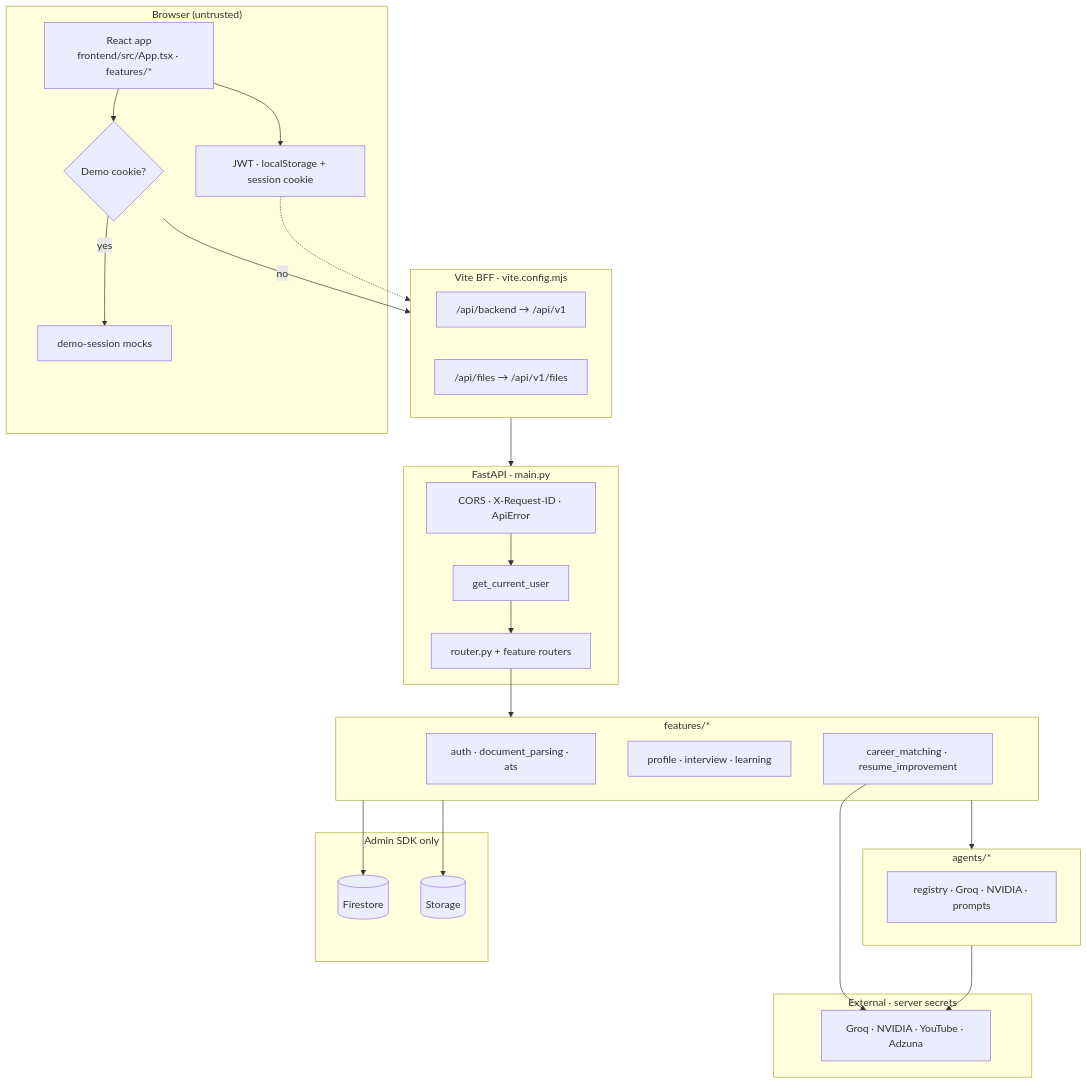
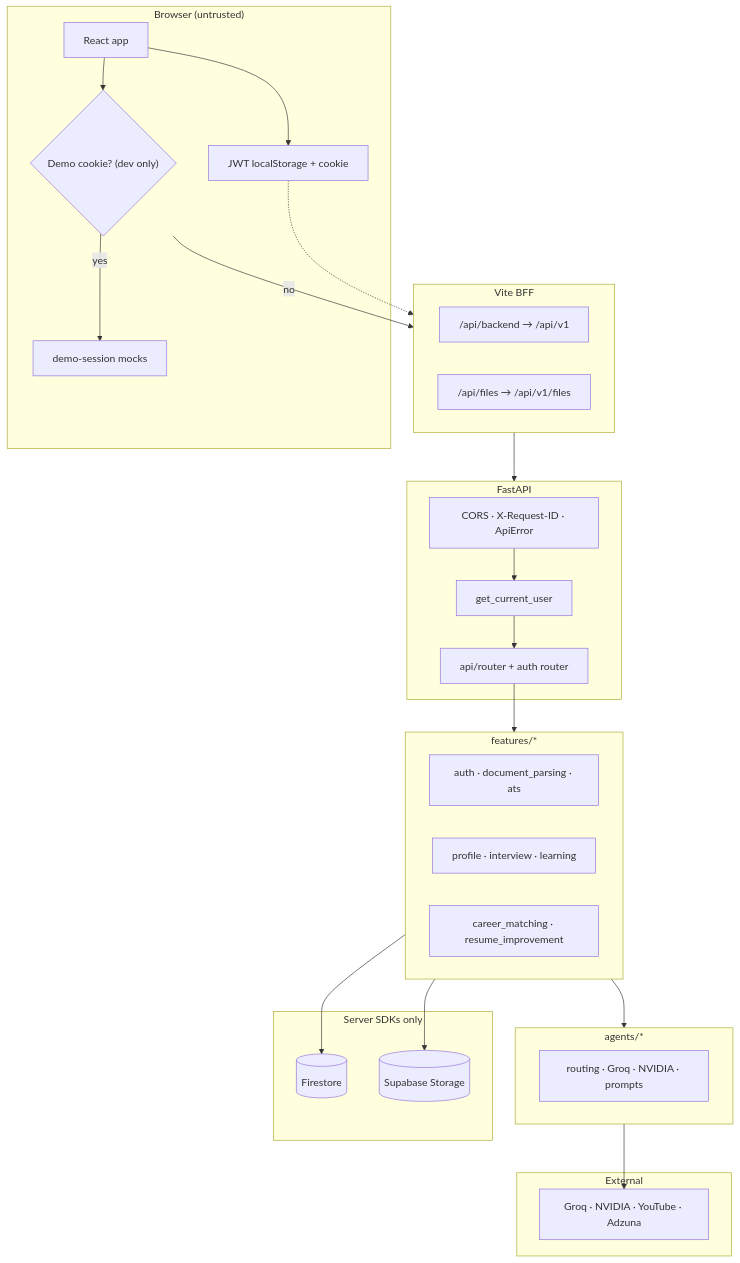
One commit to RonakkudalAI/AI-Career-Copilot changed the diagram in docs/architecture.md. Above: the diagram before and after it, drawn with Mermaid. The commit also changed other lines of this file and 30 other files, not shown here.

````diff
--- a/docs/architecture.md
+++ b/docs/architecture.md
@@ -39,52 +36,51 @@
 ```mermaid
 flowchart TB
   subgraph CLIENT["Browser (untrusted)"]
-    UI["React app<br/>frontend/src/App.tsx · features/*"]
-    TOK["JWT · localStorage + session cookie"]
-    DEMO{"Demo cookie?"}
+    UI["React app"]
+    TOK["JWT localStorage + cookie"]
+    DEMO{"Demo cookie? (dev only)"}
     MOCK["demo-session mocks"]
   end
 
-  subgraph EDGE["Vite BFF · vite.config.mjs"]
+  subgraph EDGE["Vite BFF"]
     P1["/api/backend → /api/v1"]
     P2["/api/files → /api/v1/files"]
   end
 
-  subgraph API["FastAPI · main.py"]
+  subgraph API["FastAPI"]
     MW["CORS · X-Request-ID · ApiError"]
     AUTH["get_current_user"]
-    RTR["router.py + feature routers"]
+    RTR["api/router + auth router"]
   end
 
   subgraph DOMAIN["features/*"]
     F1["auth · document_parsing · ats"]
     F2["profile · interview · learning"]
     F3["career_matching · resume_improvement"]
   end
 
   subgraph AGENTS["agents/*"]
-    A1["registry · Groq · NVIDIA · prompts"]
+    A1["routing · Groq · NVIDIA · prompts"]
   end
 
-  subgraph DATA["Admin SDK only"]
+  subgraph DATA["Server SDKs only"]
     FS[("Firestore")]
-    ST[("Storage")]
+    ST[("Supabase Storage")]
   end
 
-  subgraph EXT["External · server secrets"]
+  subgraph EXT["External"]
     X1["Groq · NVIDIA · YouTube · Adzuna"]
   end
 
   UI --> TOK
   UI --> DEMO
   DEMO -->|yes| MOCK
   DEMO -->|no| EDGE
   TOK -.-> EDGE
   EDGE --> API
   MW --> AUTH --> RTR --> DOMAIN
   DOMAIN --> AGENTS
   DOMAIN --> FS
   DOMAIN --> ST
   AGENTS --> X1
-  F3 --> X1
 ```
````
